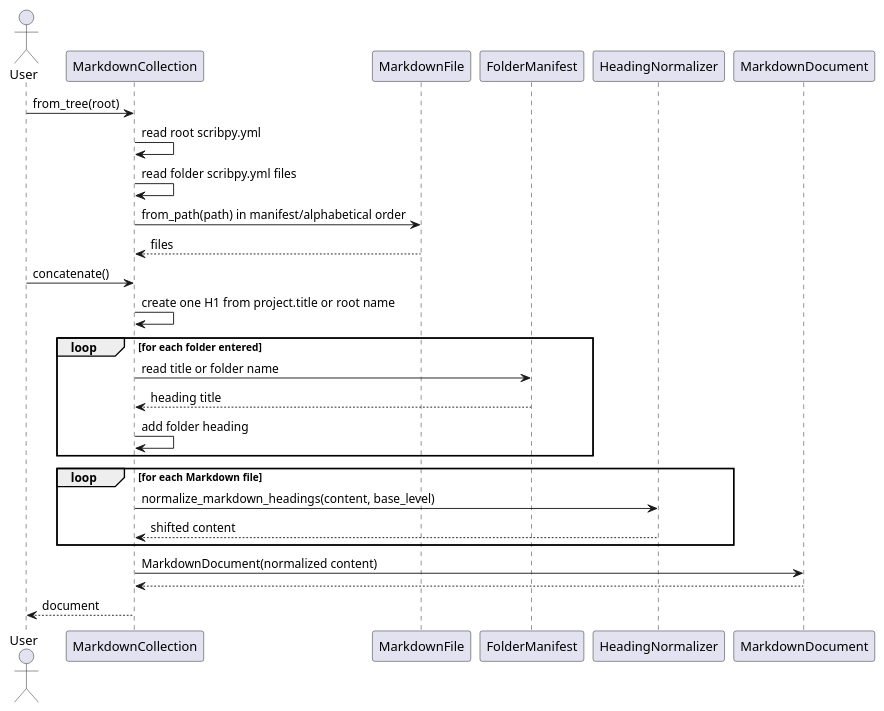
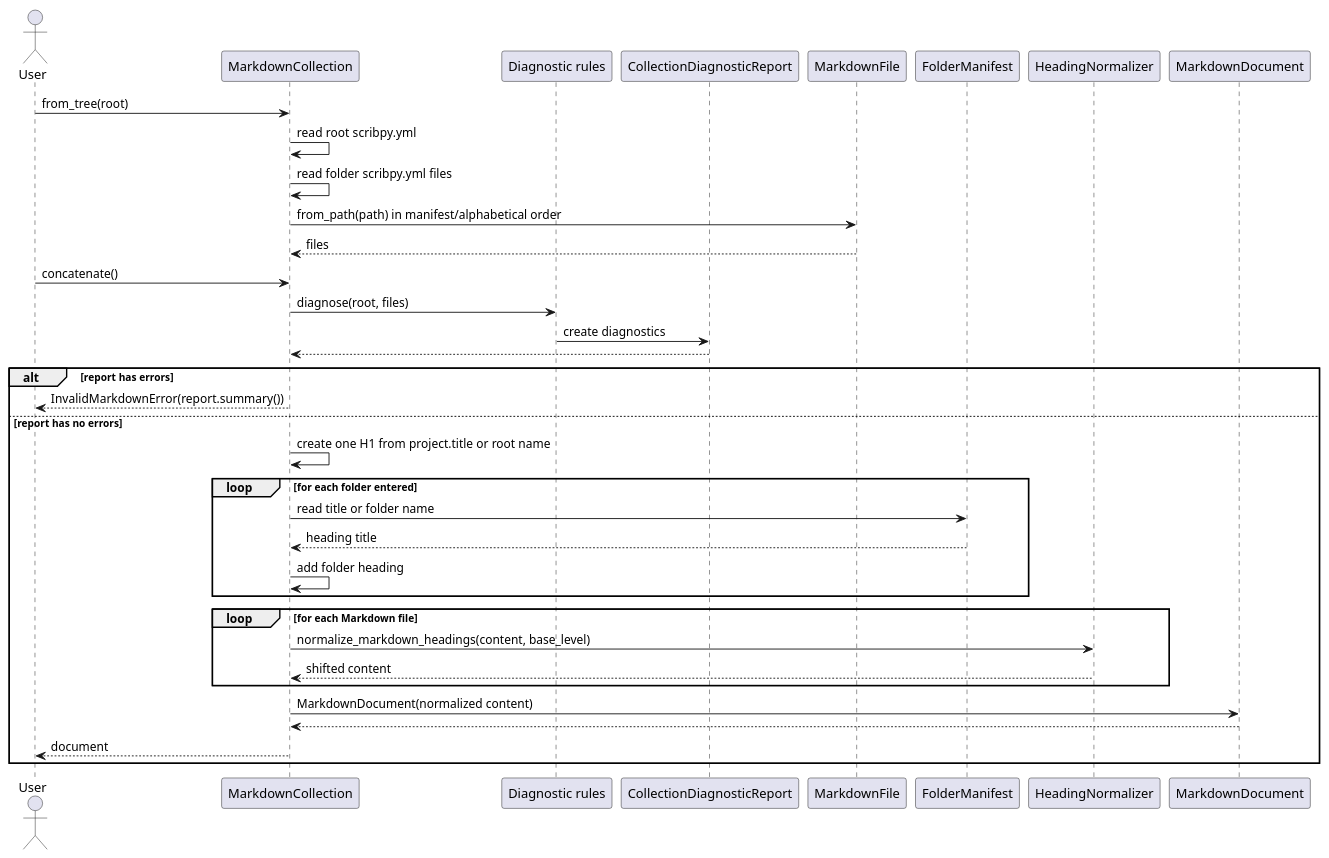
Before and after one commit to antoinebarre/scribpy: the fourth of 6 diagrams in doc/architecture-core.md, drawn with PlantUML. The commit also changed other lines of this file and 8 other files, not shown here.

Commit message:
feat: add collection diagnostic

````diff
--- a/doc/architecture-core.md
+++ b/doc/architecture-core.md
@@ -199,30 +225,39 @@
 ```plantuml
 @startuml
 actor User
 participant "MarkdownCollection" as Collection
+participant "Diagnostic rules" as Rules
+participant "CollectionDiagnosticReport" as Report
 participant "MarkdownFile" as File
 participant "FolderManifest" as Folder
 participant "HeadingNormalizer" as Headings
 participant "MarkdownDocument" as Document
 
 User -> Collection : from_tree(root)
 Collection -> Collection : read root scribpy.yml
 Collection -> Collection : read folder scribpy.yml files
 Collection -> File : from_path(path) in manifest/alphabetical order
 File --> Collection : files
 User -> Collection : concatenate()
+Collection -> Rules : diagnose(root, files)
+Rules -> Report : create diagnostics
+Report --> Collection
+alt report has errors
+  Collection --> User : InvalidMarkdownError(report.summary())
+else report has no errors
 Collection -> Collection : create one H1 from project.title or root name
 loop for each folder entered
   Collection -> Folder : read title or folder name
   Folder --> Collection : heading title
   Collection -> Collection : add folder heading
 end
 loop for each Markdown file
   Collection -> Headings : normalize_markdown_headings(content, base_level)
   Headings --> Collection : shifted content
 end
 Collection -> Document : MarkdownDocument(normalized content)
 Document --> Collection
 Collection --> User : document
+end
 @enduml
 ```
````
